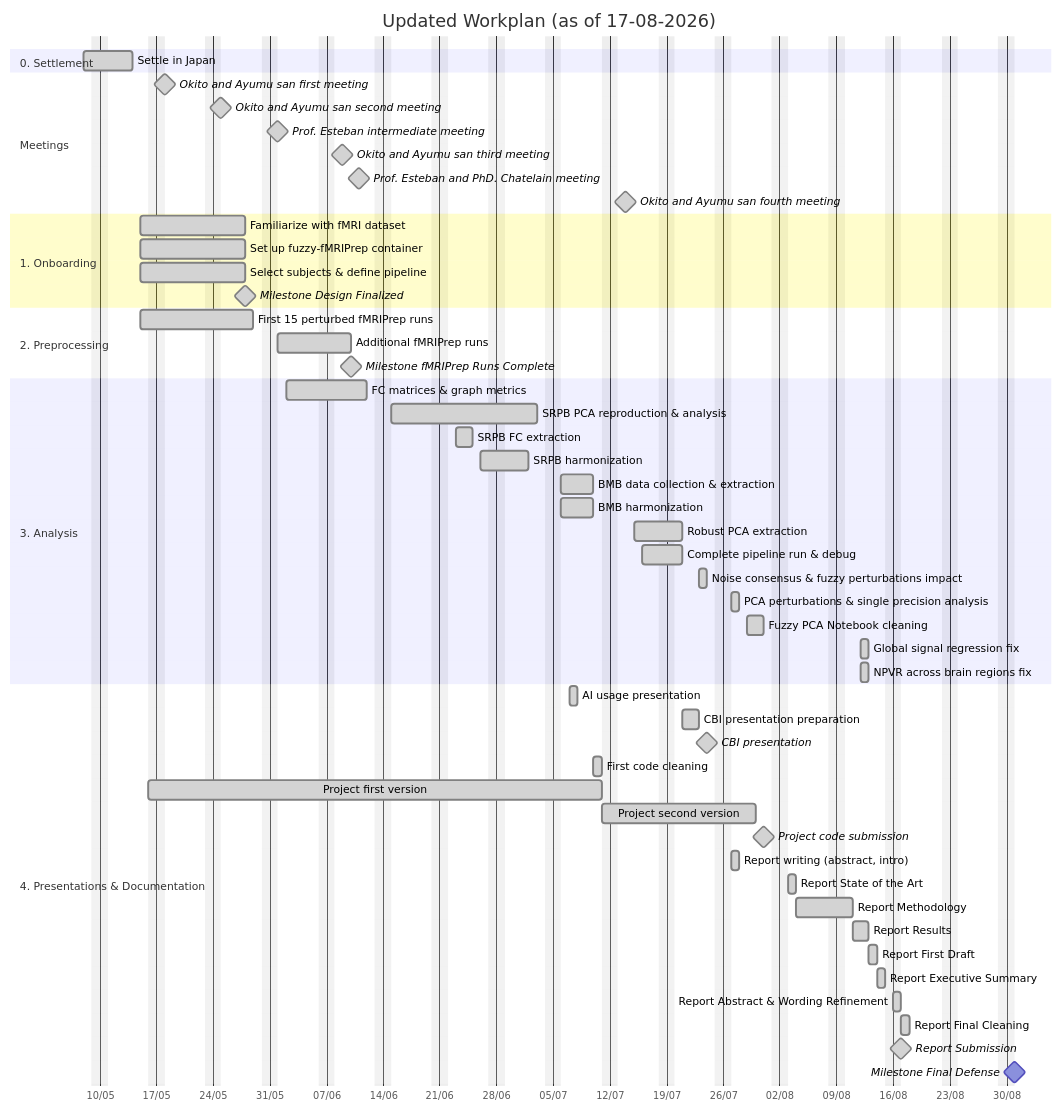
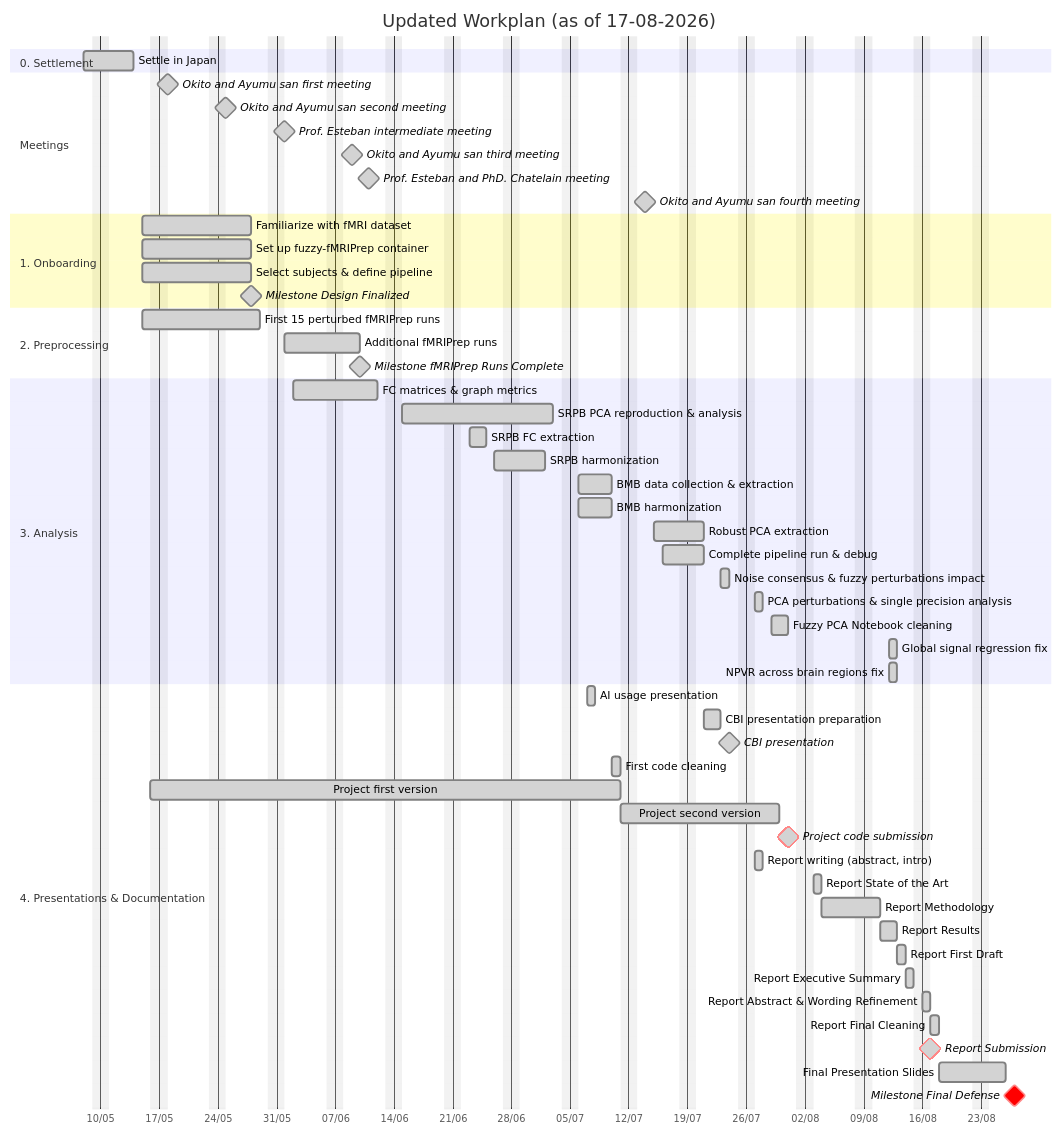
The diagram in site/index.qmd (MadeInShineA/bachelor-thesis), drawn with Mermaid before and after one commit. The commit also changed 1 other file, not shown here.

Commit message:
docs: Update daily journal and gantt diagram

````diff
--- a/site/index.qmd
+++ b/site/index.qmd
@@ -73,63 +73,64 @@
 ```{mermaid}
 gantt
     title Updated Workplan (as of 17-08-2026)
     dateFormat  YYYY-MM-DD
     axisFormat  %d/%m
     excludes weekends
 
     section 0. Settlement
     Settle in Japan :done, settlement, 2026-05-08, 2026-05-14
 
     section Meetings
     Okito and Ayumu san first meeting :done, milestone, meet1, 2026-05-18, 0d
     Okito and Ayumu san second meeting :done, milestone, meet2, 2026-05-25, 0d
     Prof. Esteban intermediate meeting :done, milestone, meet3, 2026-06-01, 0d
     Okito and Ayumu san third meeting :done, milestone, meet4, 2026-06-09, 0d
     Prof. Esteban and PhD. Chatelain meeting :done, milestone, meet5, 2026-06-11, 0d
     Okito and Ayumu san fourth meeting :done, milestone, meet6, 2026-07-14, 0d
 
     section 1. Onboarding
     Familiarize with fMRI dataset       :done, p1t1, 2026-05-15, 2026-05-28
     Set up fuzzy-fMRIPrep container     :done, p1t2, 2026-05-15, 2026-05-28
     Select subjects & define pipeline   :done, p1t3, 2026-05-15, 2026-05-28
     Milestone Design Finalized          :done, milestone, m1, 2026-05-28, 0d
 
     section 2. Preprocessing
     First 15 perturbed fMRIPrep runs    :done, p2t1, 2026-05-15, 2026-05-29
     Additional fMRIPrep runs            :done, p2t2, 2026-06-01, 2026-06-10
     Milestone fMRIPrep Runs Complete    :done, milestone, m2, 2026-06-10, 0d
 
     section 3. Analysis
     FC matrices & graph metrics         :done, p3t1, 2026-06-02, 2026-06-12
     SRPB PCA reproduction & analysis    :done, p3t2, 2026-06-15, 2026-07-03
     SRPB FC extraction                  :done, p3t3, 2026-06-23, 2026-06-25
     SRPB harmonization                  :done, p3t4, 2026-06-26, 2026-07-02
     BMB data collection & extraction    :done, p3t5, 2026-07-06, 2026-07-10
     BMB harmonization                   :done, p3t6, 2026-07-06, 2026-07-10
     Robust PCA extraction               :done, p3t7, 2026-07-15, 2026-07-21
     Complete pipeline run & debug       :done, p3t8, 2026-07-16, 2026-07-21
     Noise consensus & fuzzy perturbations impact :done, p3t9, 2026-07-23, 1d
     PCA perturbations & single precision analysis :done, p3t10, 2026-07-27, 2026-07-28
     Fuzzy PCA Notebook cleaning         :done, p3t11, 2026-07-29, 2d
     Global signal regression fix         :done, p3t12, 2026-08-12, 2026-08-13
     NPVR across brain regions fix       :done, p3t13, 2026-08-12, 1d
 
     section 4. Presentations & Documentation
     AI usage presentation               :done, p4t0, 2026-07-07, 2026-07-08
     CBI presentation preparation        :done, p4t1, 2026-07-21, 2026-07-23
     CBI presentation                    :done, milestone, meet7, 2026-07-24, 0d
     First code cleaning                 :done, p4t2, 2026-07-10, 1d
     Project first version               :done, p4t3, 2026-05-16, 2026-07-11
     Project second version              :done, p4t4, 2026-07-11, 2026-07-30
-    Project code submission             :done, milestone, p4t5, 2026-07-31, 0d
+    Project code submission             :done, milestone, crit, p4t5, 2026-07-31, 0d
     Report writing (abstract, intro)    :done, p4t6, 2026-07-27, 2026-07-28
     Report State of the Art             :done, p4t7, 2026-08-03, 2026-08-04
     Report Methodology                  :done, p4t8, 2026-08-04, 2026-08-11
     Report Results                      :done, p4t9, 2026-08-11, 2026-08-13
     Report First Draft                  :done, p4t10, 2026-08-13, 1d
     Report Executive Summary            :done, p4t11, 2026-08-14, 1d
     Report Abstract & Wording Refinement :done, p4t12, 2026-08-16, 2026-08-17
     Report Final Cleaning               :done, p4t13, 2026-08-17, 1d
-    Report Submission                   :done, milestone, m5, 2026-08-17, 0d
-    Milestone Final Defense             :milestone, m4, 2026-08-31, 0d
+    Report Submission                   :done, milestone, crit, m5, 2026-08-17, 0d
+    Final Presentation Slides           :done, p4t14, 2026-08-18, 2026-08-26
+    Milestone Final Defense             :milestone, crit, m4, 2026-08-27, 0d
 ```
````
